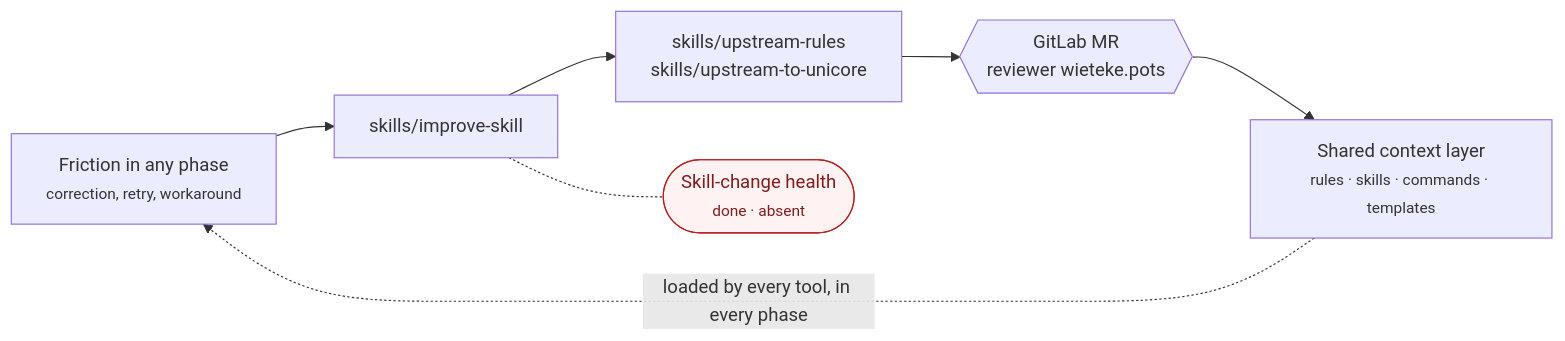
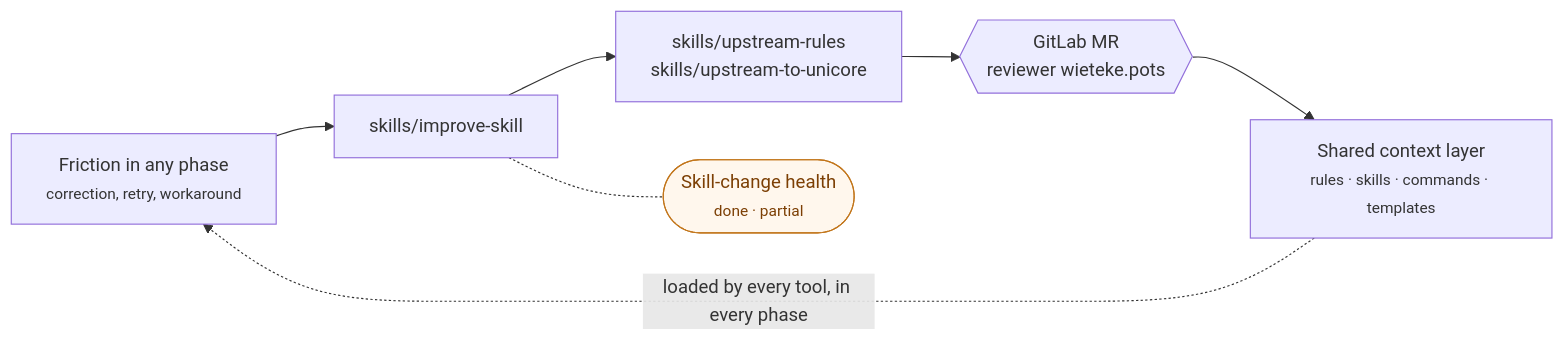
The second of 2 diagrams in docs/pipeline-map.md (wpots/ai-workflows), drawn with Mermaid before and after one commit. The commit also changed other lines of this file and 146 other files, not shown here.

First line of the commit message:
feat(evals): convert skill evals to claude plugin eval cases

````diff
--- a/docs/pipeline-map.md
+++ b/docs/pipeline-map.md
@@ -111,17 +111,17 @@
 ```mermaid
 flowchart LR
   friction["Friction in any phase<br/><small>correction, retry, workaround</small>"]
   learn["skills/improve-skill"]
   upstream["skills/upstream-rules<br/>skills/upstream-to-unicore"]
   gate{{"GitLab MR<br/>reviewer wieteke.pots"}}
   ctx["Shared context layer<br/><small>rules · skills · commands · templates</small>"]
 
-  evals(["Skill-change health<br/><small>done · absent</small>"])
+  evals(["Skill-change health<br/><small>done · partial</small>"])
 
   friction --> learn --> upstream --> gate --> ctx
   ctx -. "loaded by every tool, in every phase" .-> friction
   learn -.- evals
 
-  classDef gap fill:#fef2f2,stroke:#b91c1c,color:#7f1d1d;
-  class evals gap;
+  classDef gate fill:#fff7ed,stroke:#c2751a,color:#7c3f04;
+  class evals gate;
 ```
````
